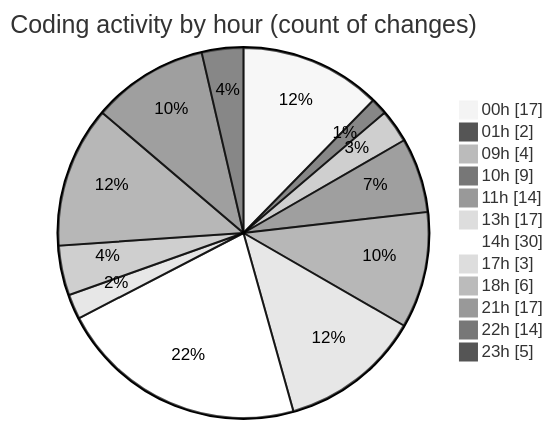
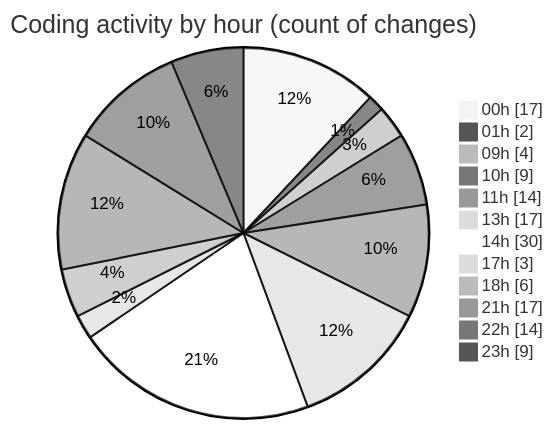
One commit to julien-gomy/code-tracking changed the second of 2 diagrams in 2025-10-29/eventscop-frontend-guide__workspace_/README.md. Above: the diagram before and after it, drawn with Mermaid (neutral theme). The commit also changed other lines of this file and 1 other file, not shown here.

````diff
--- a/2025-10-29/eventscop-frontend-guide__workspace_/README.md
+++ b/2025-10-29/eventscop-frontend-guide__workspace_/README.md
@@ -67,16 +67,16 @@
 ```mermaid
 pie showData
 title Coding activity by hour (count of changes)
 "00h" : 17
 "01h" : 2
 "09h" : 4
 "10h" : 9
 "11h" : 14
 "13h" : 17
 "14h" : 30
 "17h" : 3
 "18h" : 6
 "21h" : 17
 "22h" : 14
-"23h" : 5
+"23h" : 9
 ```
````
